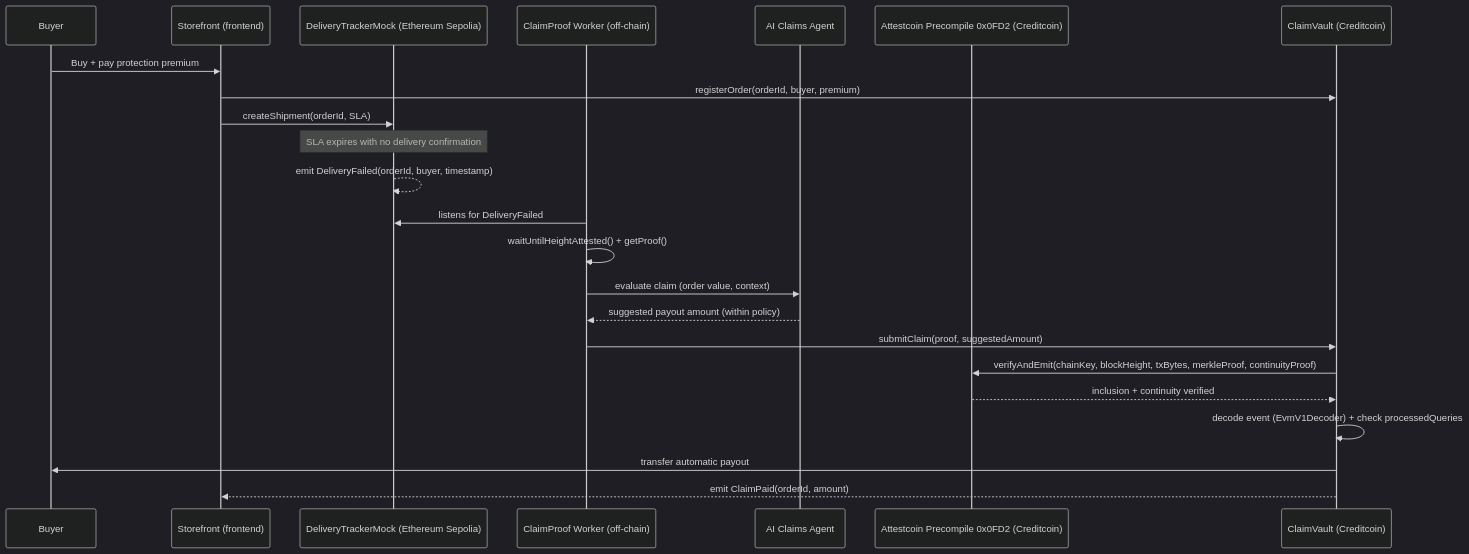
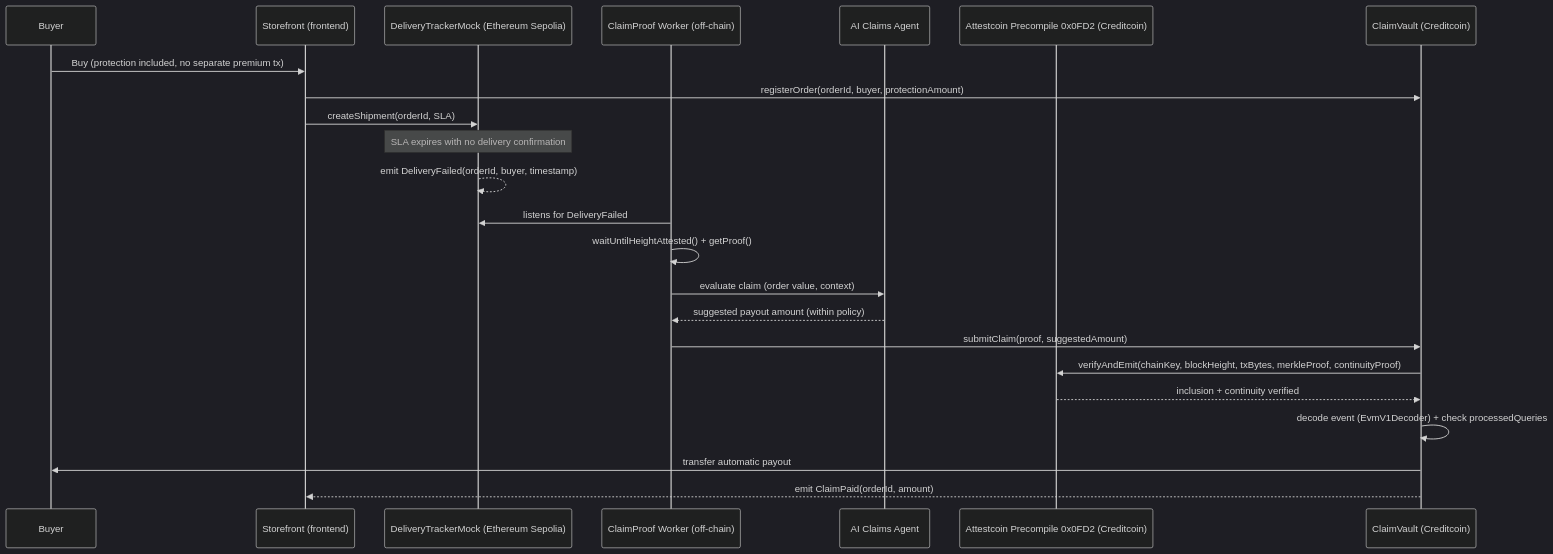
Before and after one commit to Astreus-J/ClaimProof: the diagram in ARCHITECTURE.md, drawn with Mermaid (dark theme). The commit also changed other lines of this file and 1 other file, not shown here.

First line of the commit message:
docs: correct ARCHITECTURE.md against what was actually implemented

````diff
--- a/ARCHITECTURE.md
+++ b/ARCHITECTURE.md
@@ -9,26 +9,26 @@
 ```mermaid
 sequenceDiagram
     participant Buyer
     participant Store as Storefront (frontend)
     participant Tracker as DeliveryTrackerMock (Ethereum Sepolia)
     participant Worker as ClaimProof Worker (off-chain)
     participant AI as AI Claims Agent
     participant Attest as Attestcoin Precompile 0x0FD2 (Creditcoin)
     participant Vault as ClaimVault (Creditcoin)
 
-    Buyer->>Store: Buy + pay protection premium
-    Store->>Vault: registerOrder(orderId, buyer, premium)
+    Buyer->>Store: Buy (protection included, no separate premium tx)
+    Store->>Vault: registerOrder(orderId, buyer, protectionAmount)
     Store->>Tracker: createShipment(orderId, SLA)
     Note over Tracker: SLA expires with no delivery confirmation
     Tracker-->>Tracker: emit DeliveryFailed(orderId, buyer, timestamp)
     Worker->>Tracker: listens for DeliveryFailed
     Worker->>Worker: waitUntilHeightAttested() + getProof()
     Worker->>AI: evaluate claim (order value, context)
     AI-->>Worker: suggested payout amount (within policy)
     Worker->>Vault: submitClaim(proof, suggestedAmount)
     Vault->>Attest: verifyAndEmit(chainKey, blockHeight, txBytes, merkleProof, continuityProof)
     Attest-->>Vault: inclusion + continuity verified
     Vault->>Vault: decode event (EvmV1Decoder) + check processedQueries
     Vault->>Buyer: transfer automatic payout
     Vault-->>Store: emit ClaimPaid(orderId, amount)
 ```
````
